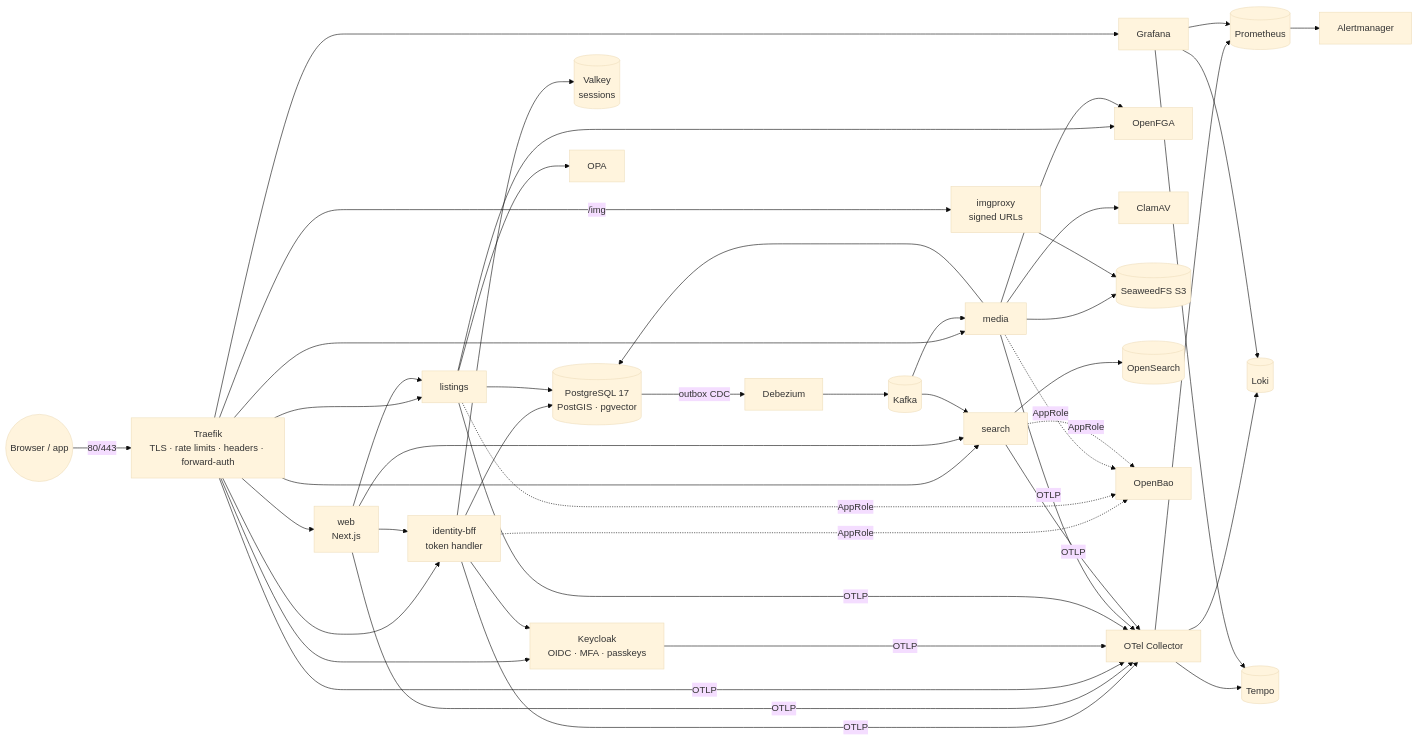
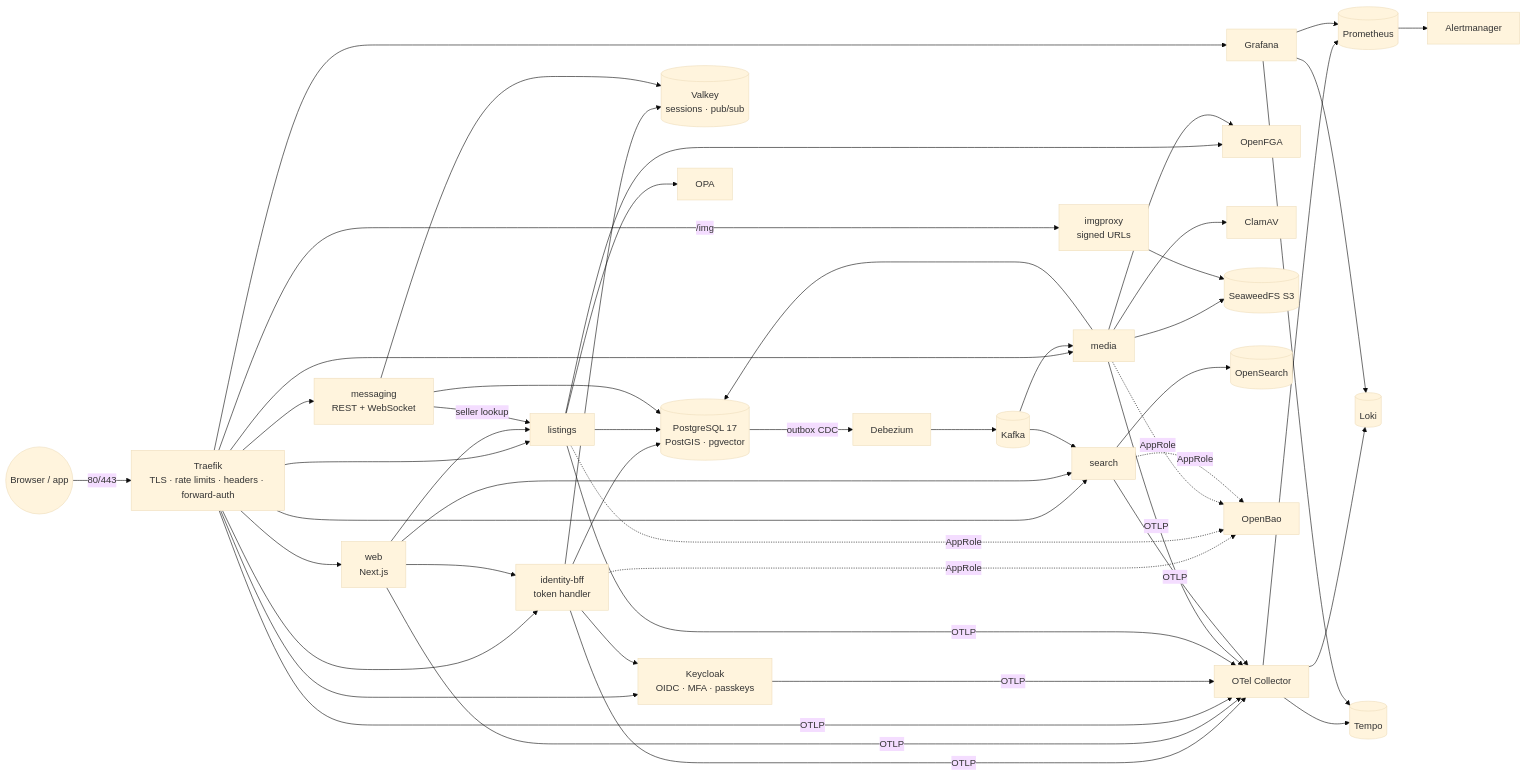
One commit to Jibsta91/raadi.com changed the diagram in README.md. Above: the diagram before and after it, drawn with Mermaid (base theme). The commit also changed other lines of this file and 71 other files, not shown here.

First line of the commit message:
Phase 3: messaging (conversations, live WebSocket delivery, web UI)

````diff
--- a/README.md
+++ b/README.md
@@ -39,26 +39,28 @@
 ```mermaid
 flowchart LR
   U((Browser / app)) -->|80/443| T[Traefik<br/>TLS · rate limits · headers · forward-auth]
   T --> W[web<br/>Next.js]
   T --> B[identity-bff<br/>token handler]
-  T --> LS[listings] & SE[search] & ME[media]
+  T --> LS[listings] & SE[search] & ME[media] & MS[messaging<br/>REST + WebSocket]
   T -->|/img| IP[imgproxy<br/>signed URLs]
   T --> K[Keycloak<br/>OIDC · MFA · passkeys]
   T --> G[Grafana]
   W --> B & SE & LS
   B --> K
-  B --> V[(Valkey<br/>sessions)]
-  B & LS & ME --> P[(PostgreSQL 17<br/>PostGIS · pgvector)]
+  B --> V[(Valkey<br/>sessions · pub/sub)]
+  MS --> V
+  MS -->|seller lookup| LS
+  B & LS & ME & MS --> P[(PostgreSQL 17<br/>PostGIS · pgvector)]
   LS & ME --> FGA[OpenFGA]
   LS --> OPA[OPA]
   ME --> AV[ClamAV] & S3[(SeaweedFS S3)]
   IP --> S3
   P -->|outbox CDC| DBZ[Debezium] --> KA[(Kafka)]
   KA --> SE & ME
   SE --> OS[(OpenSearch)]
   B & LS & ME & SE -.->|AppRole| O[OpenBao]
   B & W & T & K & LS & ME & SE -->|OTLP| C[OTel Collector]
   C --> PR[(Prometheus)] & L[(Loki)] & TE[(Tempo)]
   PR --> AM[Alertmanager]
   G --> PR & L & TE
 ```
````
